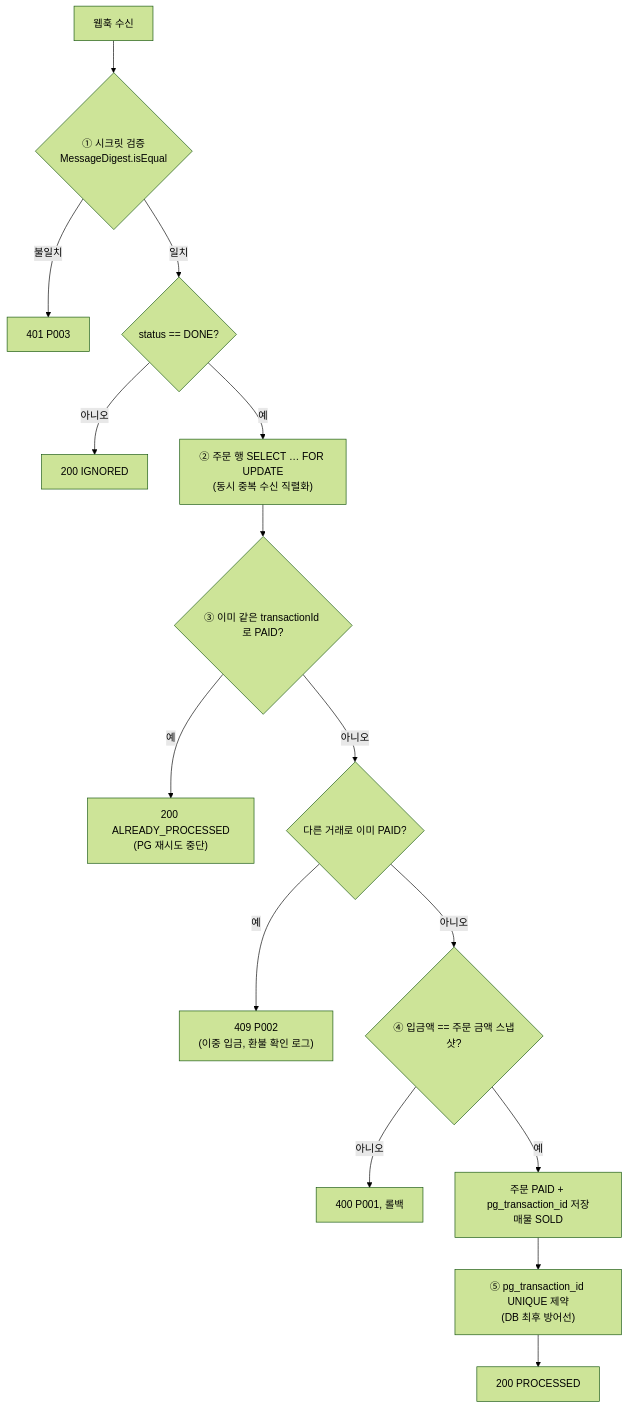
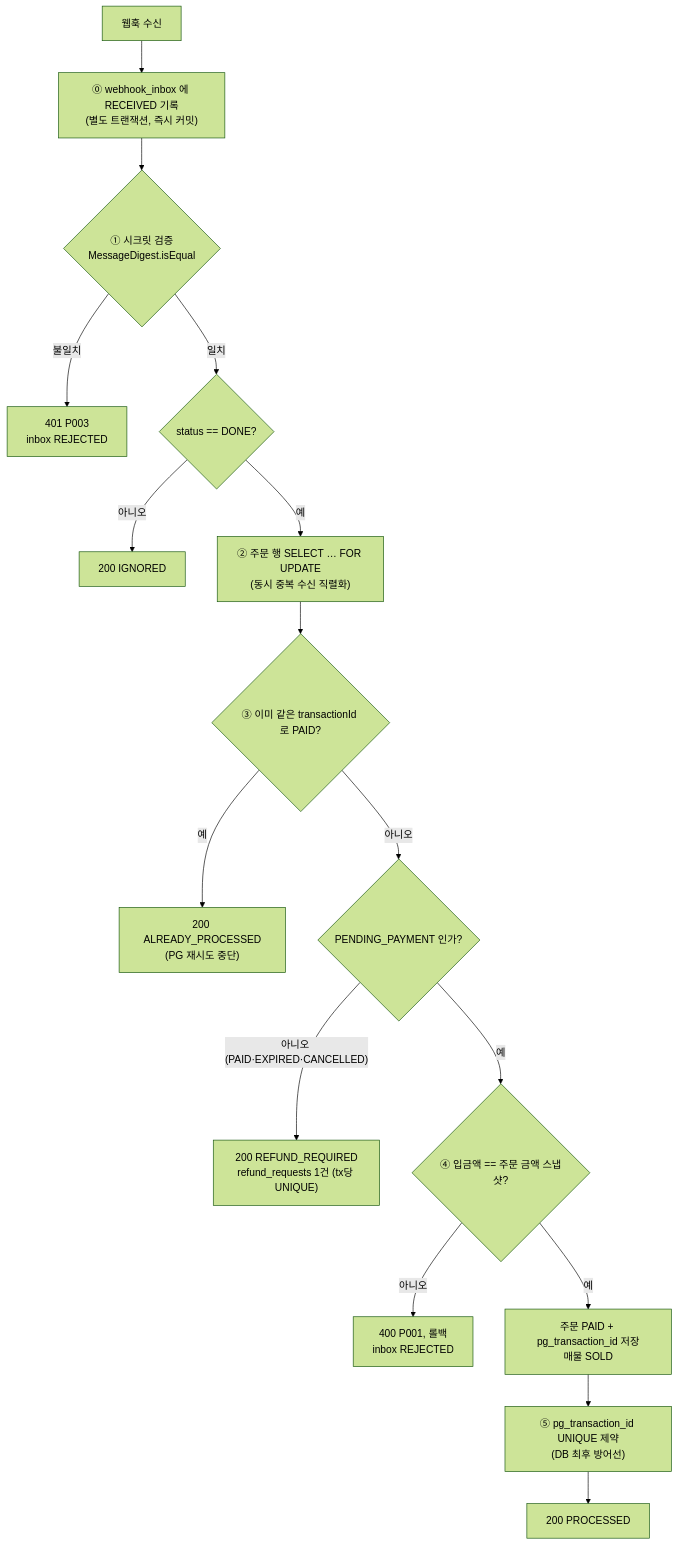
The fifth of 6 diagrams in README.md (Dev-Gony/poketrade), drawn with Mermaid (forest theme) before and after one commit. The commit also changed other lines of this file and 32 other files, not shown here.

First line of the commit message:
Add webhook inbox, buyer cancel and refund-required tracking

````diff
--- a/README.md
+++ b/README.md
@@ -325,17 +361,18 @@
 ```mermaid
 flowchart TD
-    A["웹훅 수신"] --> B{"① 시크릿 검증<br/>MessageDigest.isEqual"}
-    B -- 불일치 --> X1["401 P003"]
+    A["웹훅 수신"] --> IN["⓪ webhook_inbox 에 RECEIVED 기록<br/>(별도 트랜잭션, 즉시 커밋)"]
+    IN --> B{"① 시크릿 검증<br/>MessageDigest.isEqual"}
+    B -- 불일치 --> X1["401 P003<br/>inbox REJECTED"]
     B -- 일치 --> C{"status == DONE?"}
     C -- 아니오 --> X2["200 IGNORED"]
     C -- 예 --> D["② 주문 행 SELECT … FOR UPDATE<br/>(동시 중복 수신 직렬화)"]
     D --> E{"③ 이미 같은 transactionId 로 PAID?"}
     E -- 예 --> X3["200 ALREADY_PROCESSED<br/>(PG 재시도 중단)"]
-    E -- 아니오 --> F{"다른 거래로 이미 PAID?"}
-    F -- 예 --> X4["409 P002<br/>(이중 입금, 환불 확인 로그)"]
-    F -- 아니오 --> G{"④ 입금액 == 주문 금액 스냅샷?"}
-    G -- 아니오 --> X5["400 P001, 롤백"]
+    E -- 아니오 --> F{"PENDING_PAYMENT 인가?"}
+    F -- "아니오 (PAID·EXPIRED·CANCELLED)" --> X4["200 REFUND_REQUIRED<br/>refund_requests 1건 (tx당 UNIQUE)"]
+    F -- 예 --> G{"④ 입금액 == 주문 금액 스냅샷?"}
+    G -- 아니오 --> X5["400 P001, 롤백<br/>inbox REJECTED"]
     G -- 예 --> H["주문 PAID + pg_transaction_id 저장<br/>매물 SOLD"]
     H --> I["⑤ pg_transaction_id UNIQUE 제약<br/>(DB 최후 방어선)"]
     I --> OK["200 PROCESSED"]
 ```
````
